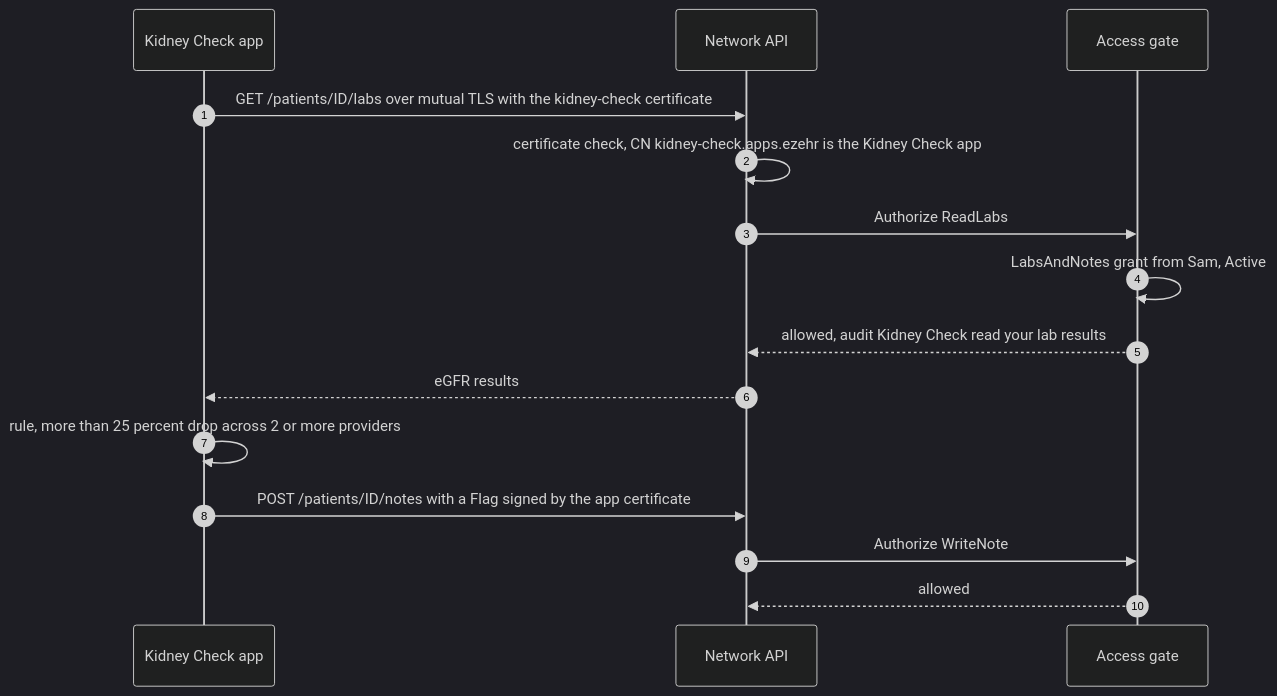
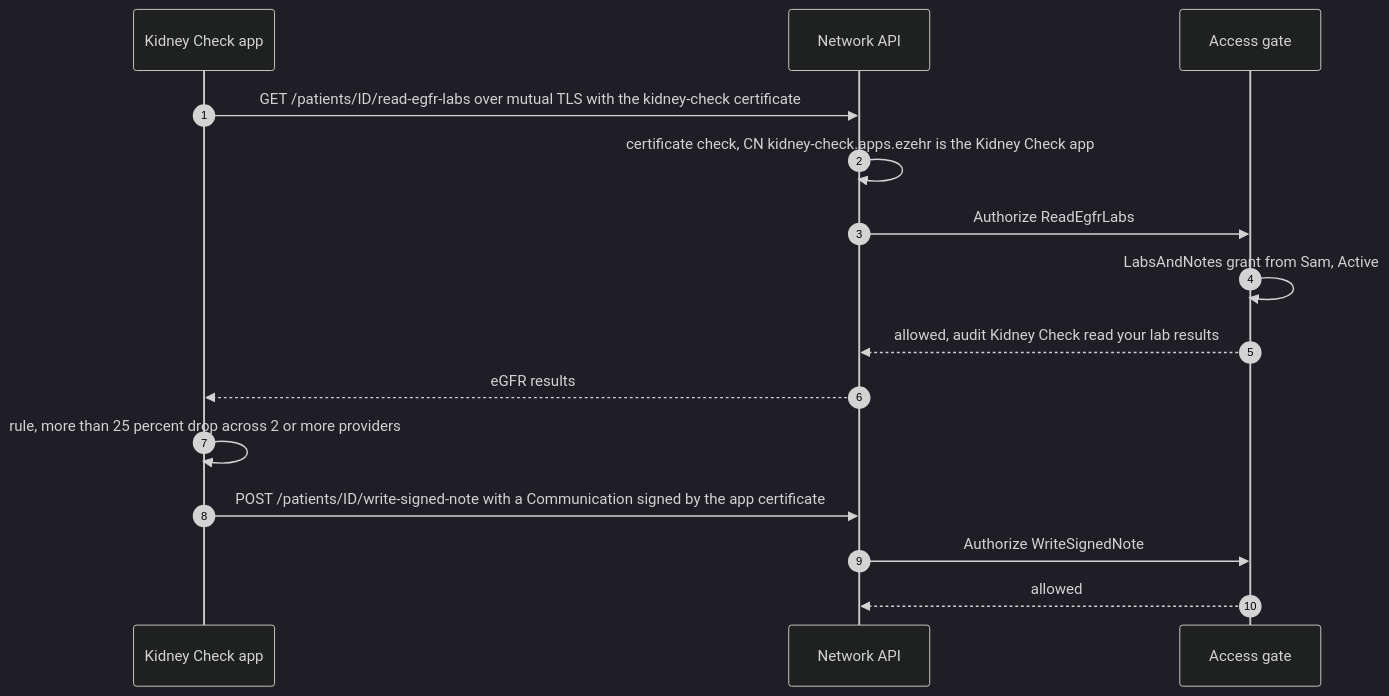
The ninth of 11 diagrams in docs/auth-flows.md (ParkerHitch/EZEHR), drawn with Mermaid (dark theme) before and after one commit. The commit also changed other lines of this file and 36 other files, not shown here.

````diff
--- a/docs/auth-flows.md
+++ b/docs/auth-flows.md
@@ -289,17 +299,17 @@
 ```mermaid
 sequenceDiagram
   autonumber
   participant App as Kidney Check app
   participant Net as Network API
   participant G as Access gate
-  App->>Net: GET /patients/ID/labs over mutual TLS with the kidney-check certificate
+  App->>Net: GET /patients/ID/read-egfr-labs over mutual TLS with the kidney-check certificate
   Net->>Net: certificate check, CN kidney-check.apps.ezehr is the Kidney Check app
-  Net->>G: Authorize ReadLabs
+  Net->>G: Authorize ReadEgfrLabs
   G->>G: LabsAndNotes grant from Sam, Active
   G-->>Net: allowed, audit Kidney Check read your lab results
   Net-->>App: eGFR results
   App->>App: rule, more than 25 percent drop across 2 or more providers
-  App->>Net: POST /patients/ID/notes with a Flag signed by the app certificate
-  Net->>G: Authorize WriteNote
+  App->>Net: POST /patients/ID/write-signed-note with a Communication signed by the app certificate
+  Net->>G: Authorize WriteSignedNote
   G-->>Net: allowed
 ```
````
